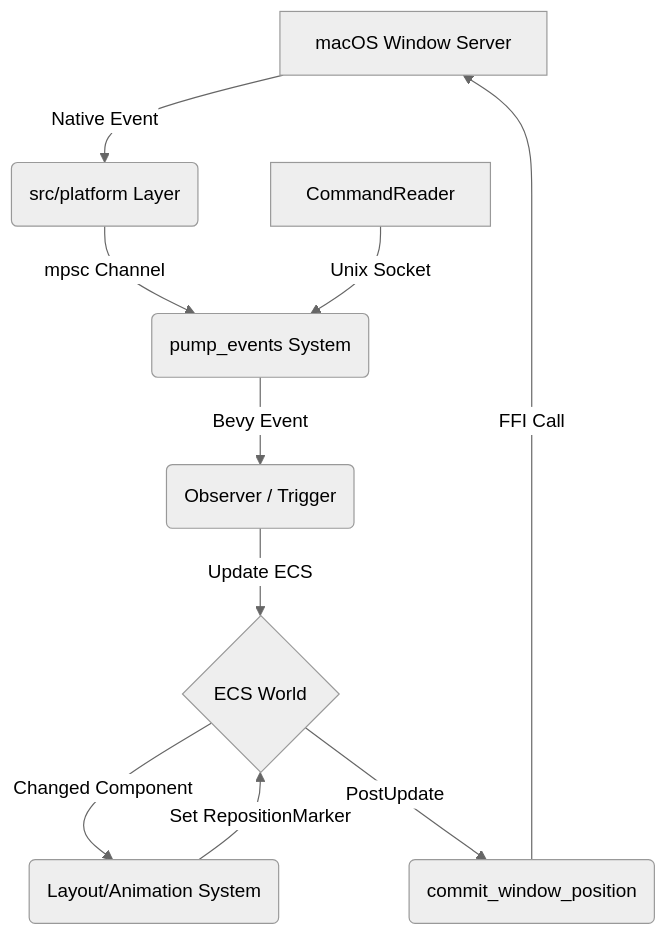
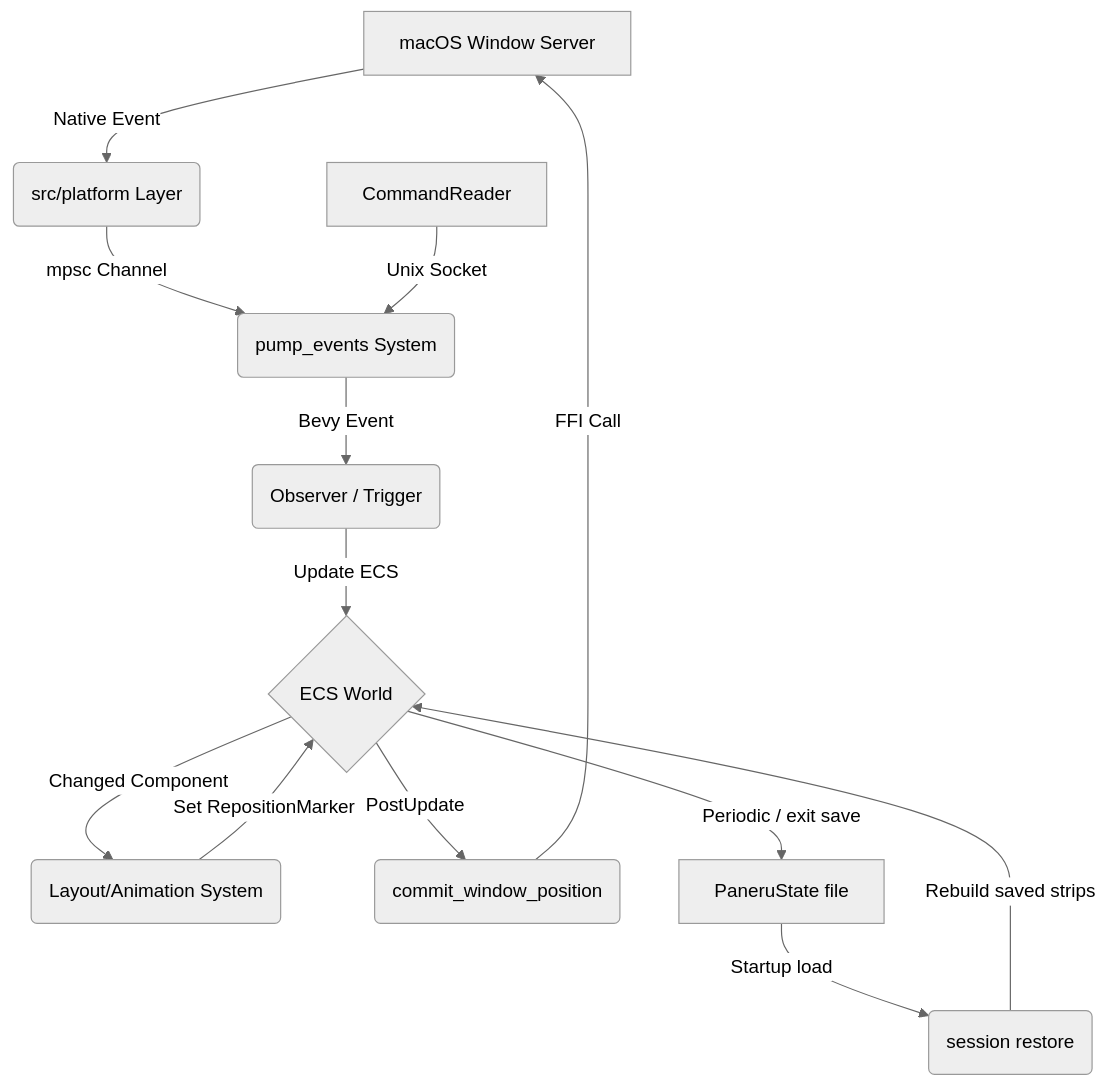
Before and after one commit to karinushka/paneru: the diagram in ARCHITECTURE.md, drawn with Mermaid (neutral theme). The commit also changed other lines of this file and 1 other file, not shown here.

Commit message:
docs: Document session restore changes

````diff
--- a/ARCHITECTURE.md
+++ b/ARCHITECTURE.md
@@ -80,12 +110,15 @@
 ```mermaid
 graph TD
     A[macOS Window Server] -->|Native Event| B(src/platform Layer)
     B -->|mpsc Channel| C(pump_events System)
     C -->|Bevy Event| D(Observer / Trigger)
     D -->|Update ECS| E{ECS World}
     E -->|Changed Component| F(Layout/Animation System)
     F -->|Set RepositionMarker| E
     E -->|PostUpdate| G(commit_window_position)
     G -->|FFI Call| A
     H[CommandReader] -->|Unix Socket| C
+    S[PaneruState file] -->|Startup load| R(session restore)
+    R -->|Rebuild saved strips| E
+    E -->|Periodic / exit save| S
 ```
````
